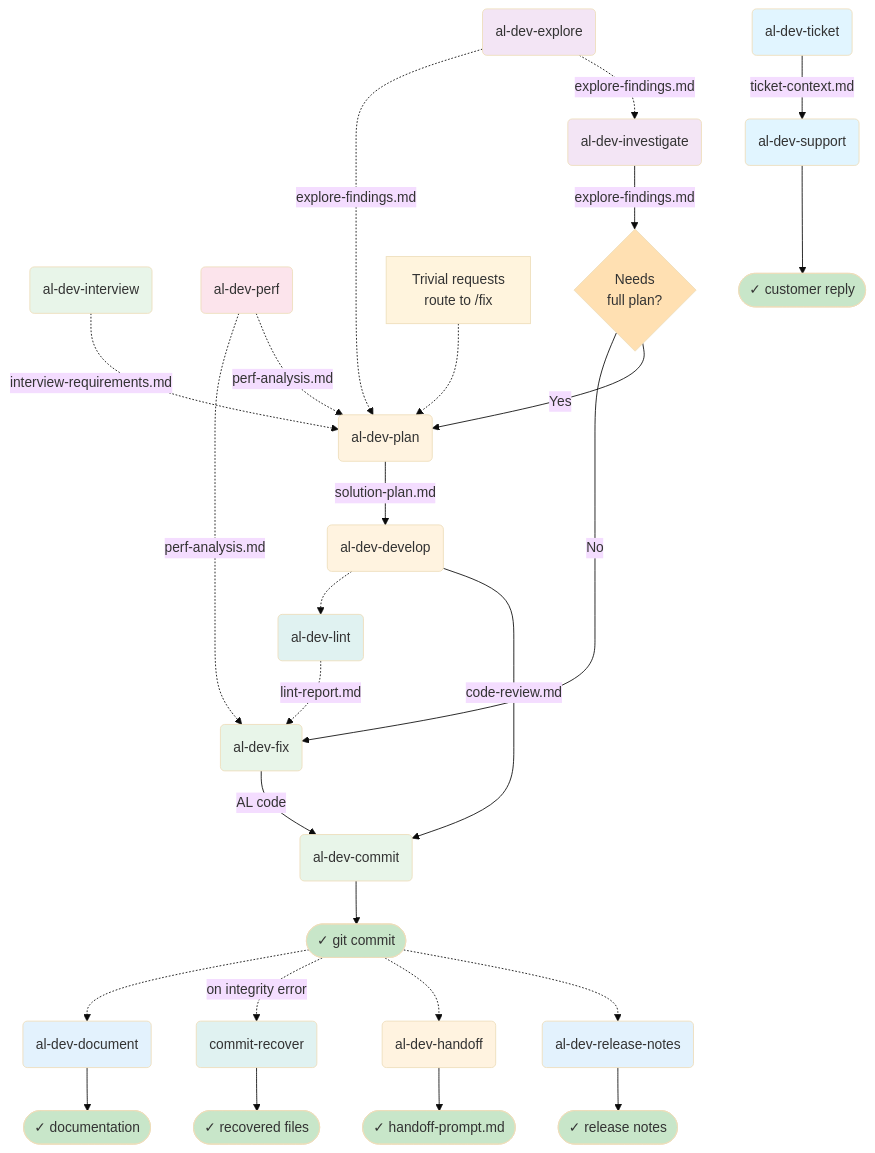
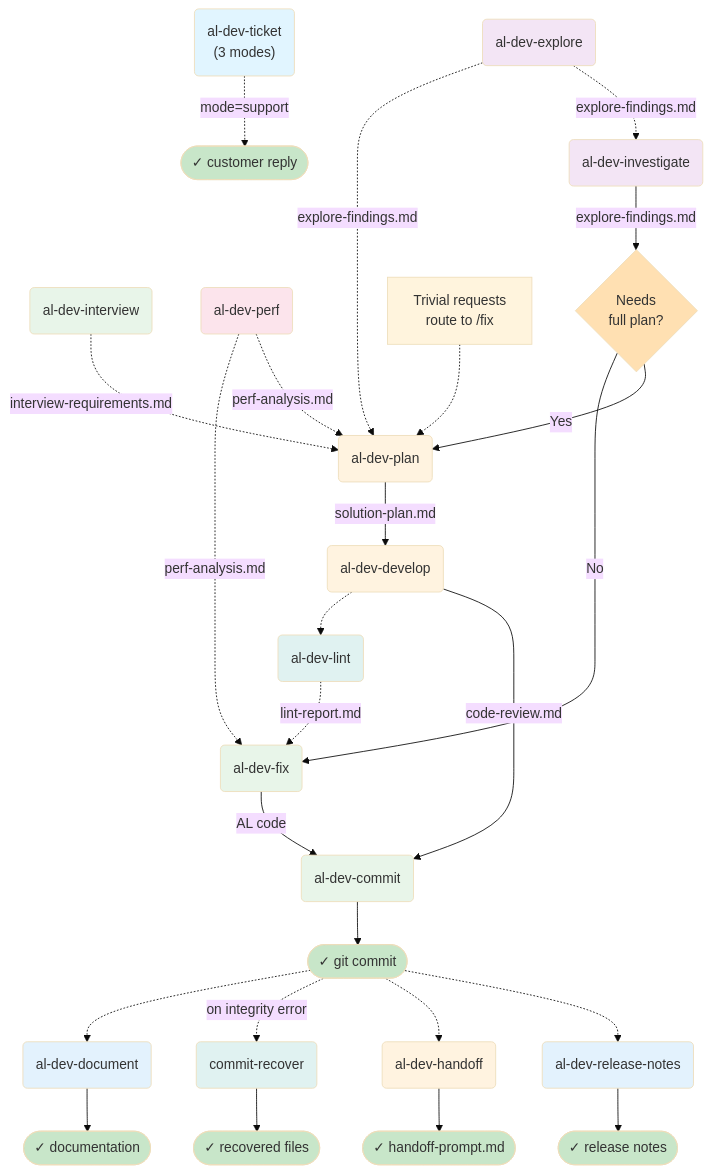
The first of 18 diagrams in docs/al-dev-plugin-map.md (russell-laing/al-dev-shared), drawn with Mermaid (base theme) before and after one commit. The commit also changed other lines of this file, not shown here.

First line of the commit message:
docs: sync plugin map with al-dev-support consolidation

````diff
--- a/docs/al-dev-plugin-map.md
+++ b/docs/al-dev-plugin-map.md
@@ -14,65 +14,64 @@
 ```mermaid
 flowchart TD
     %% Pre-planning tributaries (optional)
     Explore("al-dev-explore") -.->|explore-findings.md| Investigate
     Explore -.->|explore-findings.md| Plan
     Interview("al-dev-interview") -.->|interview-requirements.md| Plan
     Perf("al-dev-perf") -.->|perf-analysis.md| Plan
     Perf -.->|perf-analysis.md| FixDirect
 
     %% Entry points
-    Ticket("al-dev-ticket") -->|ticket-context.md| Support("al-dev-support")
+    Ticket("al-dev-ticket<br/>(3 modes)")
     Investigate("al-dev-investigate")
     FixDirect("al-dev-fix") -->|AL code| Commit("al-dev-commit")
 
     %% Investigation path branches
     Investigate -->|explore-findings.md| Decision1{Needs<br/>full plan?}
     Decision1 -->|Yes| Plan("al-dev-plan")
     Decision1 -->|No| FixDirect
 
     %% Main development spine
     Plan -->|solution-plan.md| Develop("al-dev-develop")
     Develop -->|code-review.md| Commit
 
     %% Lint feedback loop
     Develop -.-> Lint("al-dev-lint")
     Lint -.->|lint-report.md| FixDirect
 
     %% Complexity gate within plan
     Note["Trivial requests<br/>route to /fix"] -.-> Plan
 
     %% Outputs
     Commit --> Git(["✓ git commit"])
     Git -.-> ReleaseNotes("al-dev-release-notes")
     ReleaseNotes --> Notes(["✓ release notes"])
     Git -.-> Handoff("al-dev-handoff")
     Handoff --> HandoffOut(["✓ handoff-prompt.md"])
     Git -.->|on integrity error| Recover("commit-recover")
     Recover --> RecoverOut(["✓ recovered files"])
     Git -.-> Document("al-dev-document")
     Document --> DocOut(["✓ documentation"])
-    Support --> Reply(["✓ customer reply"])
+    Ticket -.->|mode=support| Reply(["✓ customer reply"])
 
     style Ticket fill:#e1f5ff
-    style Support fill:#e1f5ff
     style Investigate fill:#f3e5f5
     style Explore fill:#f3e5f5
     style Interview fill:#e8f5e9
     style Plan fill:#fff3e0
     style Develop fill:#fff3e0
     style FixDirect fill:#e8f5e9
     style Commit fill:#e8f5e9
     style Git fill:#c8e6c9
     style Notes fill:#c8e6c9
     style Reply fill:#c8e6c9
     style ReleaseNotes fill:#e3f2fd
     style Perf fill:#fce4ec
     style Lint fill:#e0f2f1
     style Handoff fill:#fff3e0
     style HandoffOut fill:#c8e6c9
     style Recover fill:#e0f2f1
     style RecoverOut fill:#c8e6c9
     style Document fill:#e3f2fd
     style DocOut fill:#c8e6c9
     style Decision1 fill:#ffe0b2
 ```
````
